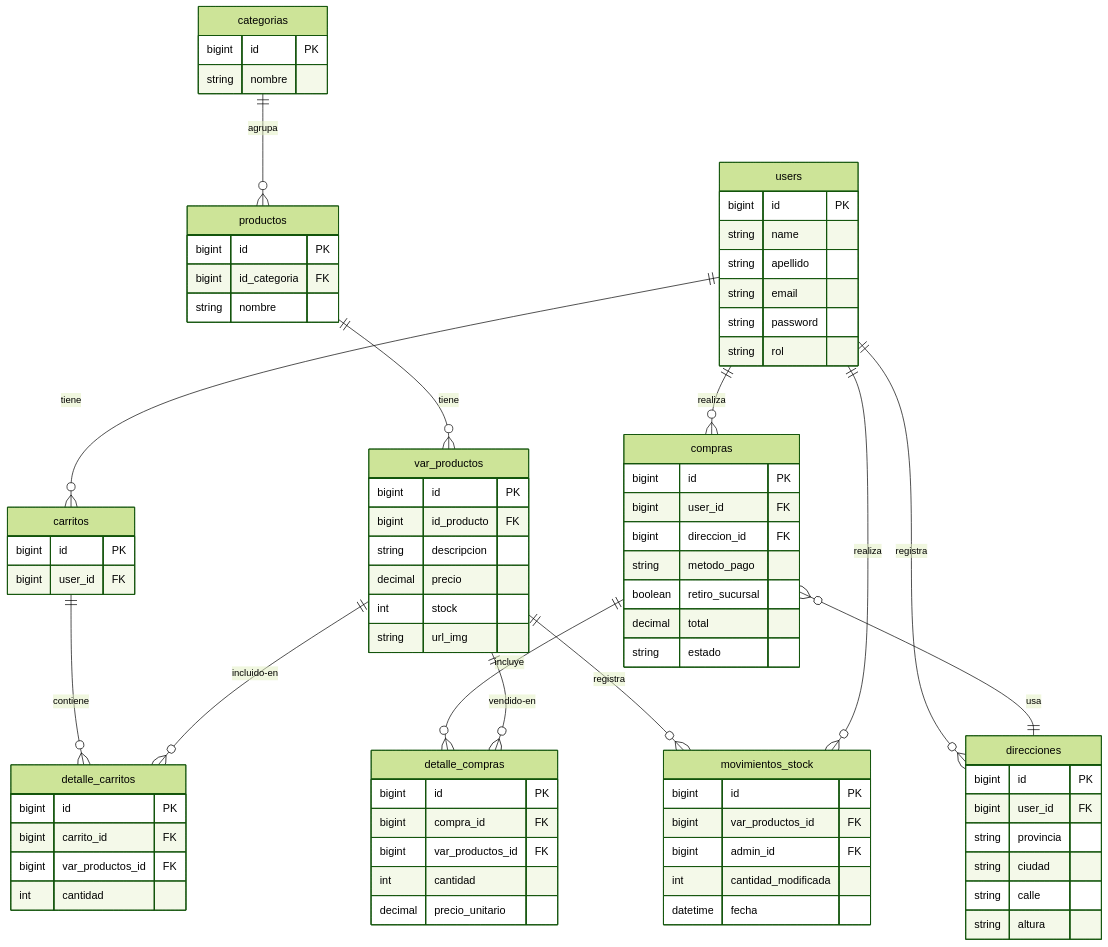
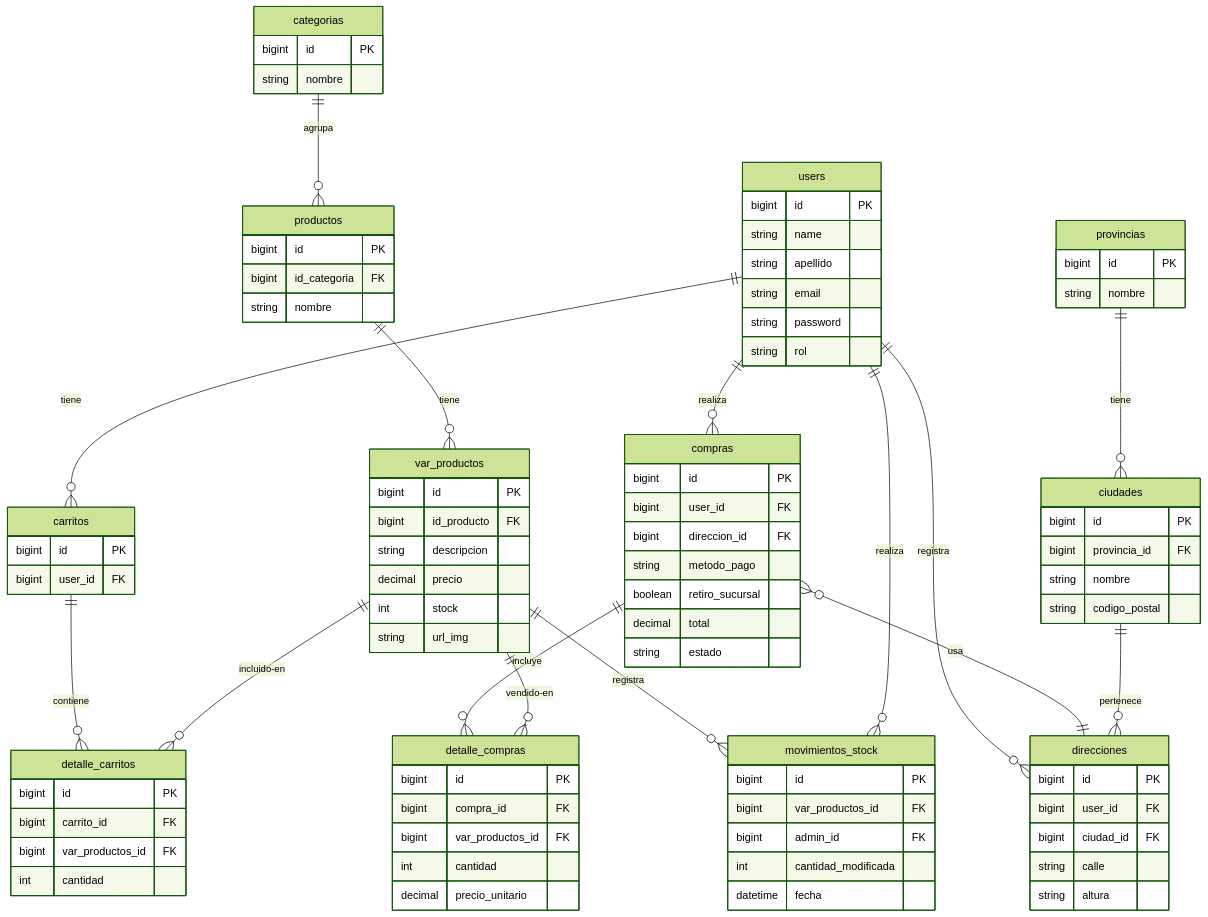
One commit to BautistaOvB/La-Plomada-Equipo-53 changed the diagram in der.md. Above: the diagram before and after it, drawn with Mermaid (forest theme).

Commit message:
Add provincias and ciudades tables to schema
Para respetar la 3ra forma normal

````diff
--- a/der.md
+++ b/der.md
@@ -37,11 +37,21 @@
   direcciones {
     bigint id PK
     bigint user_id FK
-    string provincia
-    string ciudad
+    bigint ciudad_id FK
     string calle
     string altura
   }
+  provincias {
+    bigint id PK
+    string nombre
+  }
+  ciudades {
+    bigint id PK
+    bigint provincia_id FK
+    string nombre
+    string codigo_postal
+  }
+  
   carritos {
     bigint id PK
     bigint user_id FK
@@ -81,4 +91,6 @@
   compras       }o--|| direcciones      : usa
   var_productos ||--o{ movimientos_stock: registra
   users         ||--o{ movimientos_stock: realiza
+  provincias    ||--o{ ciudades    : tiene
+  ciudades      ||--o{ direcciones : pertenece
 ```
````
